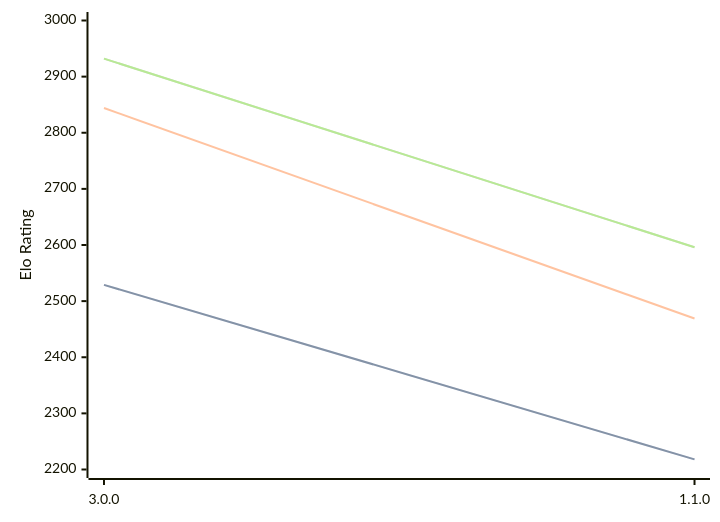
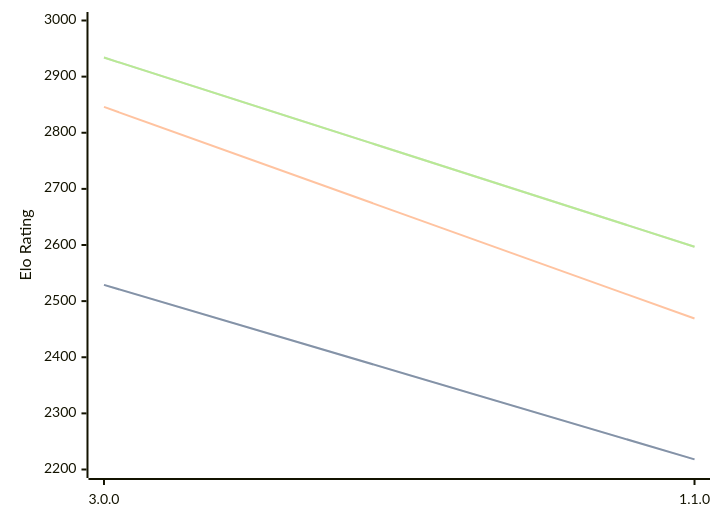
One commit to computer-chess-index/cci changed the first of 3 diagrams in engines/Potential.md. Above: the diagram before and after it, drawn with Mermaid. The commit also changed other lines of this file, not shown here.

Commit message:
Update CCI Ratings (ELO VLTC) - 2026-06-24

````diff
--- a/engines/Potential.md
+++ b/engines/Potential.md
@@ -34,11 +34,11 @@
 ```mermaid
 %%{init: {"theme":"base","themeVariables":{"seriesColors:['#a3a3a3','#222221','#faa371']}}}%%
 xychart-beta
   x-axis ["3.0.0", "1.1.0"]
   y-axis "Elo Rating" 2200 --> 3000
   line "STC (8.0+0.08s)" [2529, 2218]
   line "STC (8.0+0.08s)" [2529, 2218]
-  line "LTC (60.0+0.60s)" [2844, 2469]
-  line "VLTC (2m24s+1.12s)" [2932, 2596]
-  line "VLTC (2m24s+1.12s)" [2932, 2596]
+  line "LTC (60.0+0.60s)" [2846, 2469]
+  line "VLTC (2m24s+1.12s)" [2934, 2597]
+  line "VLTC (2m24s+1.12s)" [2934, 2597]
 ```
````
